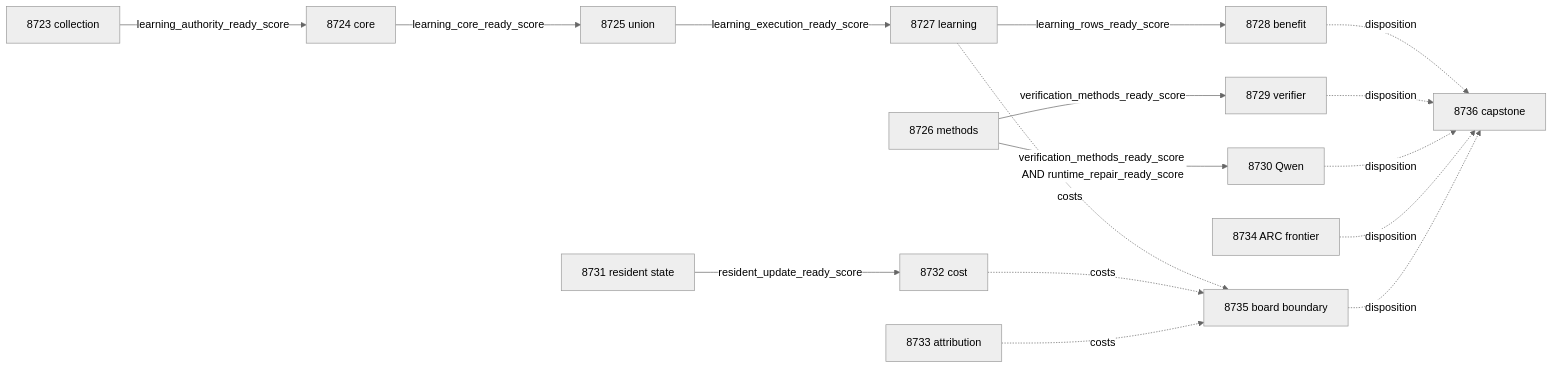
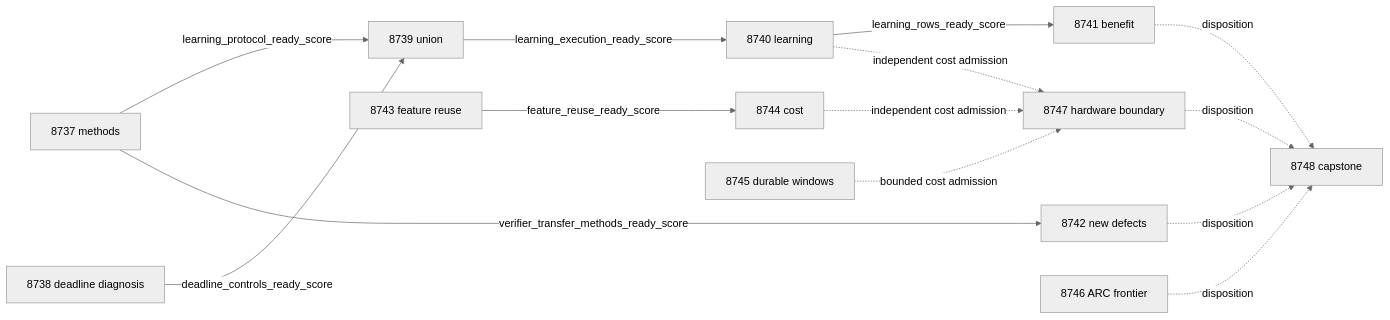
Before and after one commit to Carnot-EBM/carnot-ebm: the second of 2 diagrams in openspec/change-proposals/research-roadmap-vNEXT.md, drawn with Mermaid (neutral theme). The commit also changed other lines of this file and 18 other files, not shown here.

````diff
--- a/openspec/change-proposals/research-roadmap-vNEXT.md
+++ b/openspec/change-proposals/research-roadmap-vNEXT.md
@@ -254,18 +255,16 @@
 ```mermaid
 flowchart LR
-    E8723[8723 collection] -->|learning_authority_ready_score| E8724[8724 core]
-    E8724 -->|learning_core_ready_score| E8725[8725 union]
-    E8725 -->|learning_execution_ready_score| E8727[8727 learning]
-    E8727 -->|learning_rows_ready_score| E8728[8728 benefit]
-    E8726[8726 methods] -->|verification_methods_ready_score| E8729[8729 verifier]
-    E8726 -->|verification_methods_ready_score AND runtime_repair_ready_score| E8730[8730 Qwen]
-    E8731[8731 resident state] -->|resident_update_ready_score| E8732[8732 cost]
-    E8727 -. costs .-> E8735[8735 board boundary]
-    E8732 -. costs .-> E8735
-    E8733[8733 attribution] -. costs .-> E8735
-    E8728 -. disposition .-> E8736[8736 capstone]
-    E8729 -. disposition .-> E8736
-    E8730 -. disposition .-> E8736
-    E8734[8734 ARC frontier] -. disposition .-> E8736
-    E8735 -. disposition .-> E8736
+    E8737[8737 methods] -->|learning_protocol_ready_score| E8739[8739 union]
+    E8738[8738 deadline diagnosis] -->|deadline_controls_ready_score| E8739
+    E8739 -->|learning_execution_ready_score| E8740[8740 learning]
+    E8740 -->|learning_rows_ready_score| E8741[8741 benefit]
+    E8737 -->|verifier_transfer_methods_ready_score| E8742[8742 new defects]
+    E8743[8743 feature reuse] -->|feature_reuse_ready_score| E8744[8744 cost]
+    E8740 -. independent cost admission .-> E8747[8747 hardware boundary]
+    E8744 -. independent cost admission .-> E8747
+    E8745[8745 durable windows] -. bounded cost admission .-> E8747
+    E8741 -. disposition .-> E8748[8748 capstone]
+    E8742 -. disposition .-> E8748
+    E8746[8746 ARC frontier] -. disposition .-> E8748
+    E8747 -. disposition .-> E8748
 ```
````
